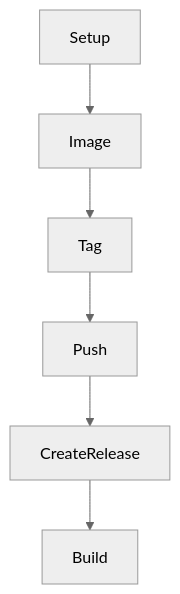
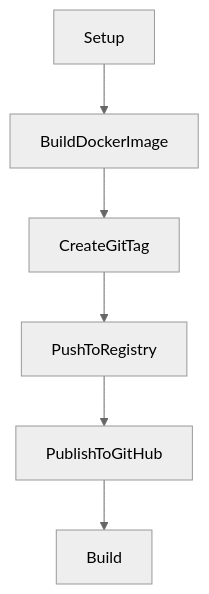
Before and after one commit to The-Running-Dev/Docker-BuildAgent: the second of 4 diagrams in documentation/docs/targets.md, drawn with Mermaid (neutral theme). The commit also changed other lines of this file and 80 other files, not shown here.

Commit message:
- Automated testing for Docker Build Agent project, PRs & branches. - Optimized CI resource usage - Added duplicate action prevention - Enhanced build process validation - Implemented new services and DI usages - Added new NodeInDocker build type - Added more tests - Updated documentation - Cleanup

````diff
--- a/documentation/docs/targets.md
+++ b/documentation/docs/targets.md
@@ -39,4 +39,4 @@
 ```mermaid
 flowchart TD
-    Setup --> Image --> Tag --> Push --> CreateRelease --> Build
+    Setup --> BuildDockerImage --> CreateGitTag --> PushToRegistry --> PublishToGitHub --> Build
 ```
````
